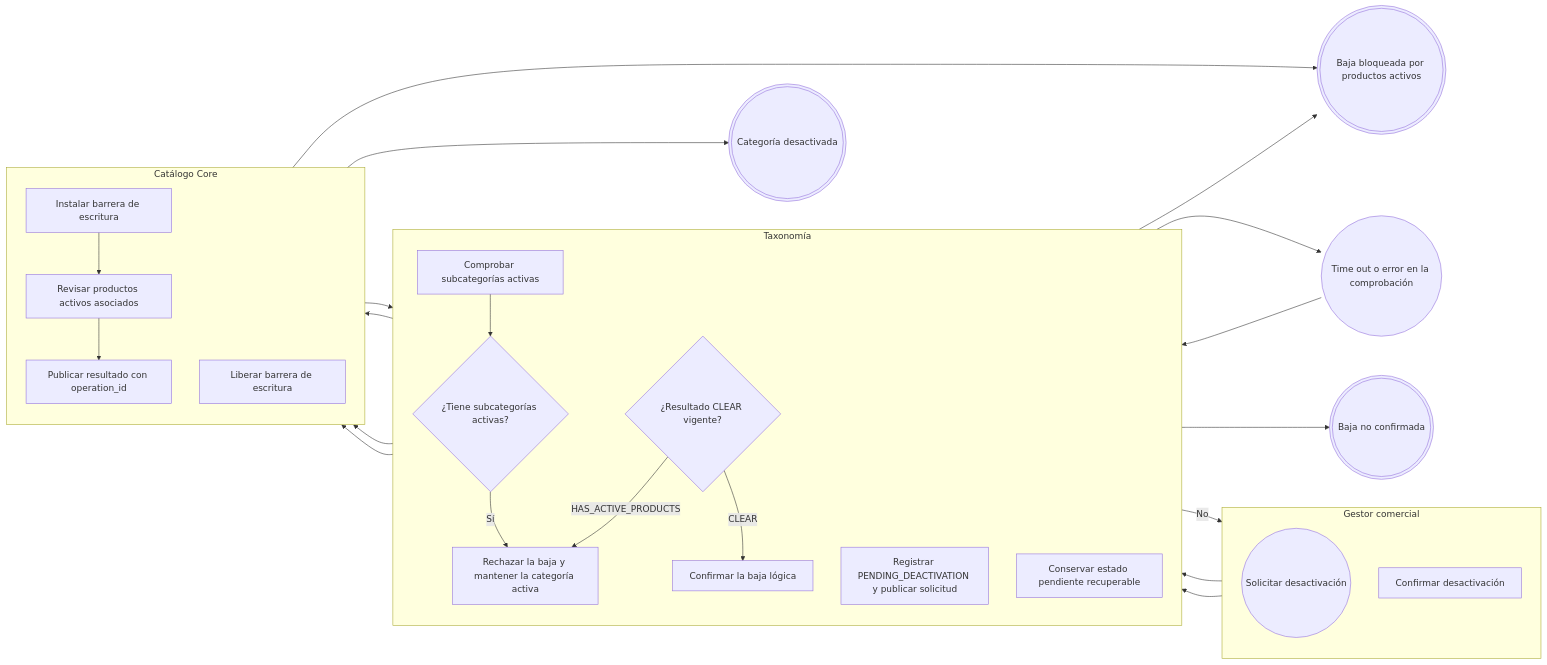
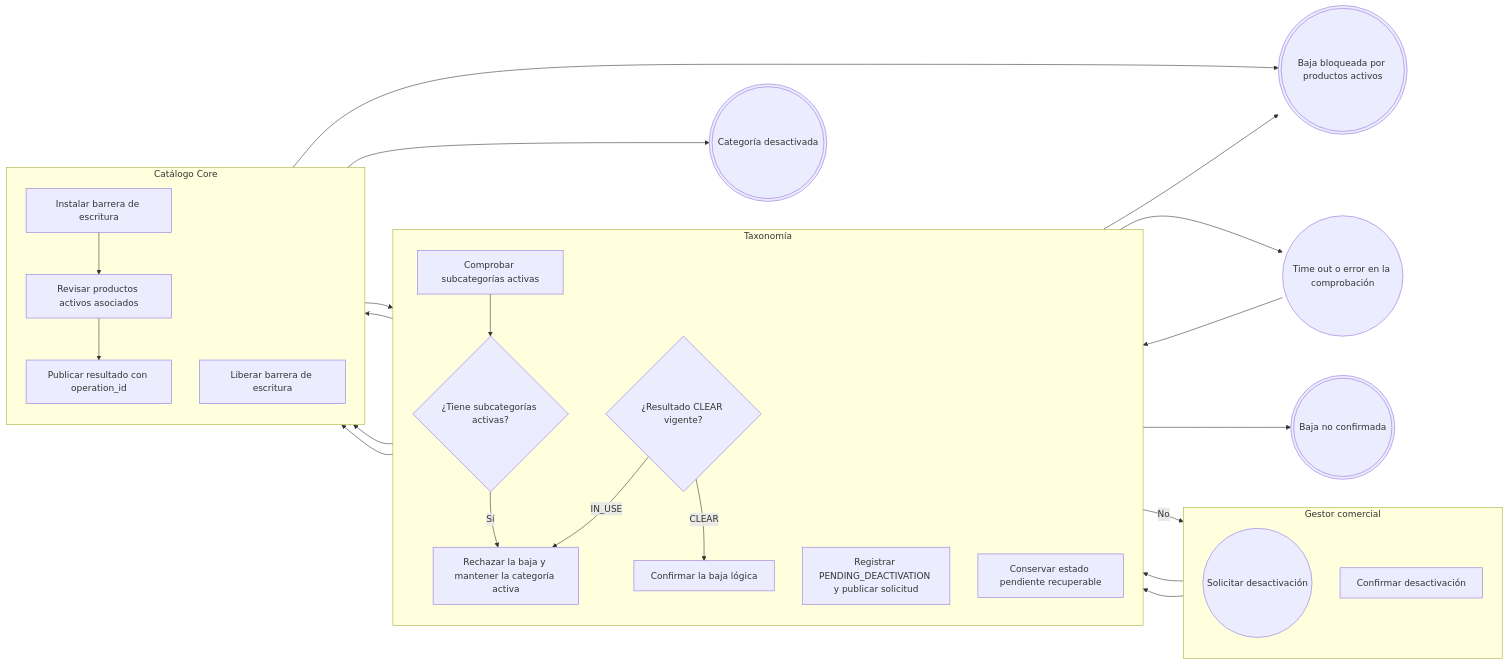
The third of 4 diagrams in requisitos/flujos/FLOW-008-gestion-categorias.md (Taller-SW-Web/G6-Productos-Ofertas-docs), drawn with Mermaid before and after one commit. The commit also changed other lines of this file and 25 other files, not shown here.

````diff
--- a/requisitos/flujos/FLOW-008-gestion-categorias.md
+++ b/requisitos/flujos/FLOW-008-gestion-categorias.md
@@ -144,52 +144,52 @@
 ```mermaid
 flowchart LR
 
     subgraph GESTOR["Gestor comercial"]
         direction TB
         INICIO((Solicitar desactivación))
         G1["Confirmar desactivación"]
     end
 
     subgraph TAXONOMIA["Taxonomía"]
         direction TB
         T1["Comprobar subcategorías activas"]
         D1{"¿Tiene subcategorías activas?"}
         T2["Registrar PENDING_DEACTIVATION y publicar solicitud"]
         D2{"¿Resultado CLEAR vigente?"}
         T3["Confirmar la baja lógica"]
         T4["Rechazar la baja y mantener la categoría activa"]
         T5["Conservar estado pendiente recuperable"]
     end
 
     subgraph CATALOGO["Catálogo Core"]
         direction TB
         C1["Instalar barrera de escritura"]
         C2["Revisar productos activos asociados"]
         C3["Publicar resultado con operation_id"]
         C4["Liberar barrera de escritura"]
     end
 
     FIN_DESACTIVADA(((Categoría desactivada)))
     FIN_BLOQUEADA(((Baja bloqueada por productos activos)))
     FIN_PENDIENTE(((Baja no confirmada)))
 
     INICIO --> T1
     T1 --> D1
     D1 -->|"Sí"| T4
     T4 --> FIN_BLOQUEADA
     D1 -->|"No"| G1
     G1 --> T2
     T2 --> C1
     C1 --> C2
     C2 --> C3
     C3 --> D2
     D2 -->|"CLEAR"| T3
     T3 --> C4
     C4 --> FIN_DESACTIVADA
-    D2 -->|"HAS_ACTIVE_PRODUCTS"| T4
+    D2 -->|"IN_USE"| T4
     T4 --> C4
     C4 --> FIN_BLOQUEADA
     T2 --> E1(("Time out o error en la comprobación"))
     E1 --> T5
     T5 --> FIN_PENDIENTE
 ```
````
